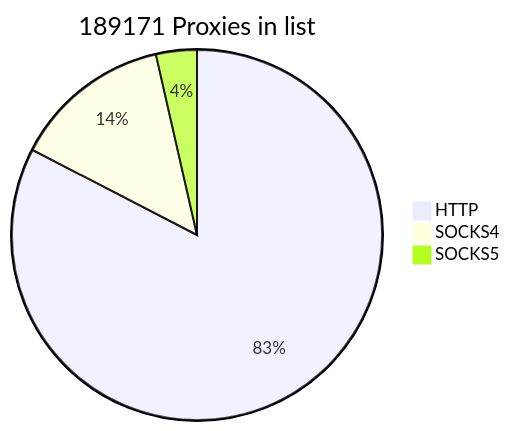
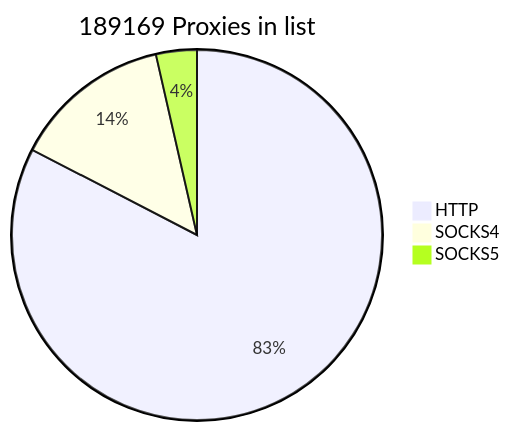
One commit to cutipu/proxylist changed the first of 2 diagrams in README.md. Above: the diagram before and after it, drawn with Mermaid. The commit also changed other lines of this file, not shown here.

````diff
--- a/README.md
+++ b/README.md
@@ -9,7 +9,7 @@
 ```mermaid
-pie title 189171 Proxies in list
-    "HTTP" : 156249
+pie title 189169 Proxies in list
+    "HTTP" : 156247
     "SOCKS4" : 26179
     "SOCKS5" : 6743
             
 ```
````
